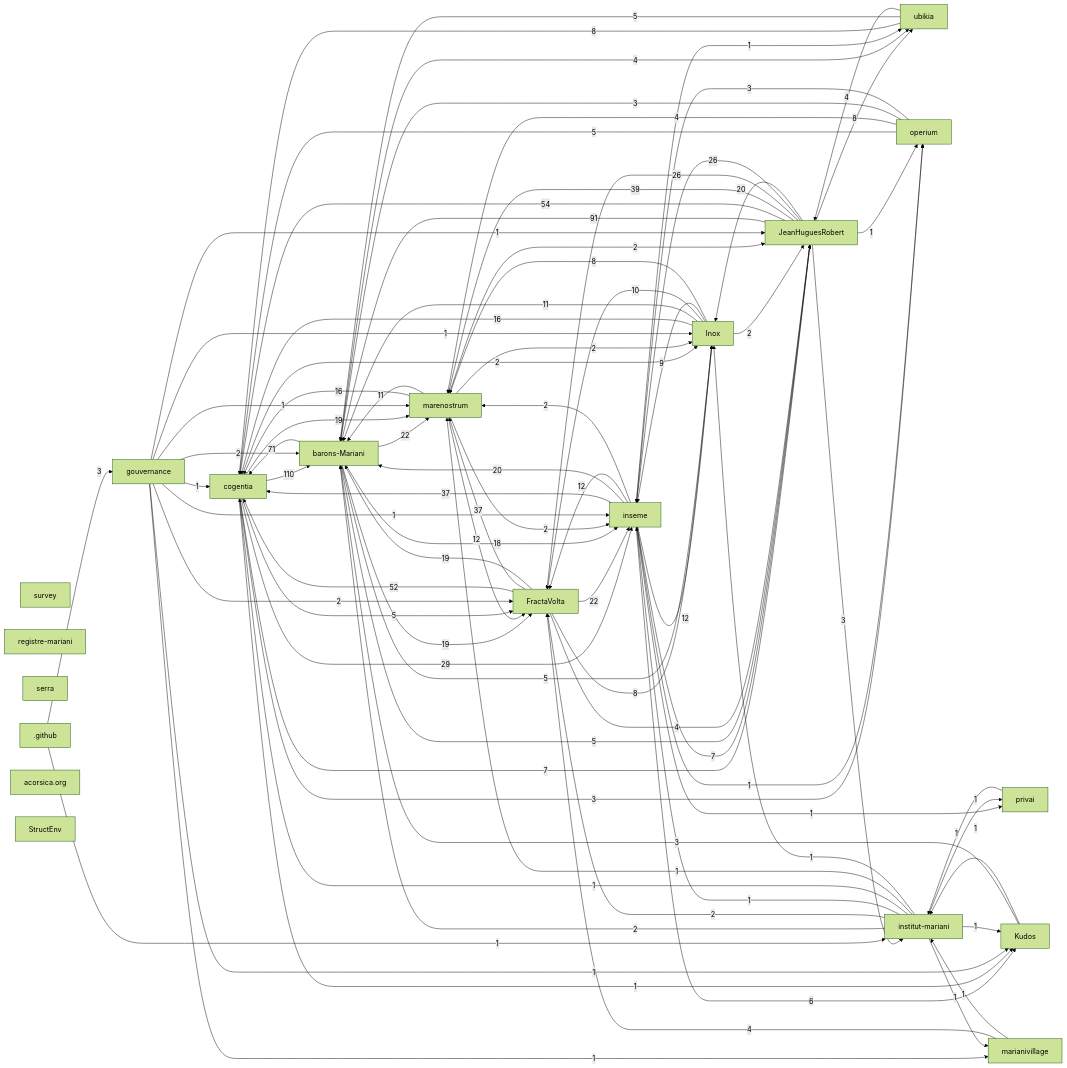
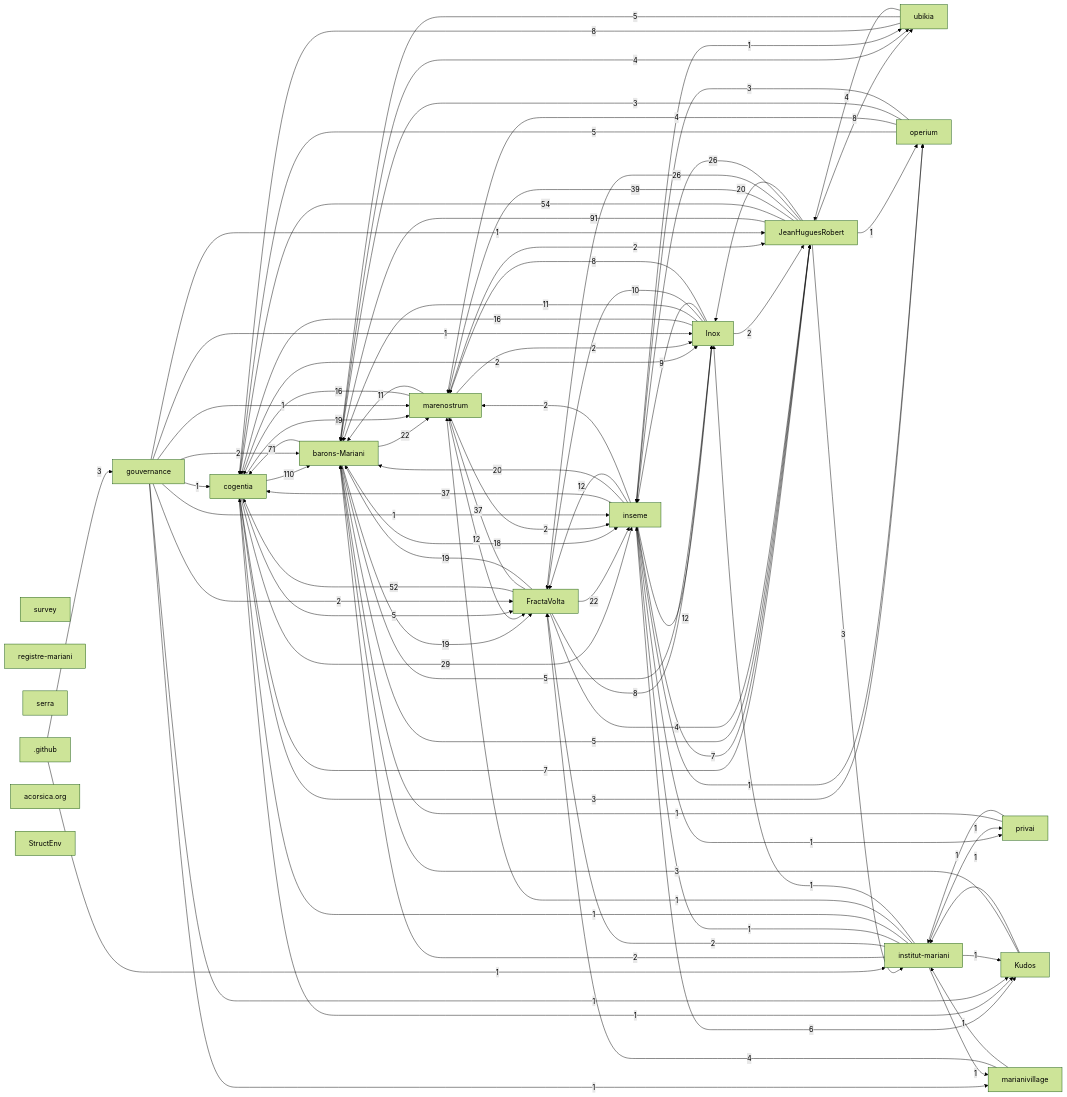
The first of 2 diagrams in research/corpus-status.md (JeanHuguesRobert/FractaVolta), drawn with Mermaid (forest theme) before and after one commit. The commit also changed 1 other file, not shown here.

Commit message:
docs(status): refresh corpus status and LLM projections [2026-W35]

````diff
--- a/research/corpus-status.md
+++ b/research/corpus-status.md
@@ -158,5 +158,6 @@
   r_jeanhuguesrobert -->|1| r_operium
   r_kudos -->|1| r_institut_mariani
   r_marianivillage -->|1| r_institut_mariani
+  r_privai -->|1| r_barons_mariani
   r_privai -->|1| r_institut_mariani
 ```
````
